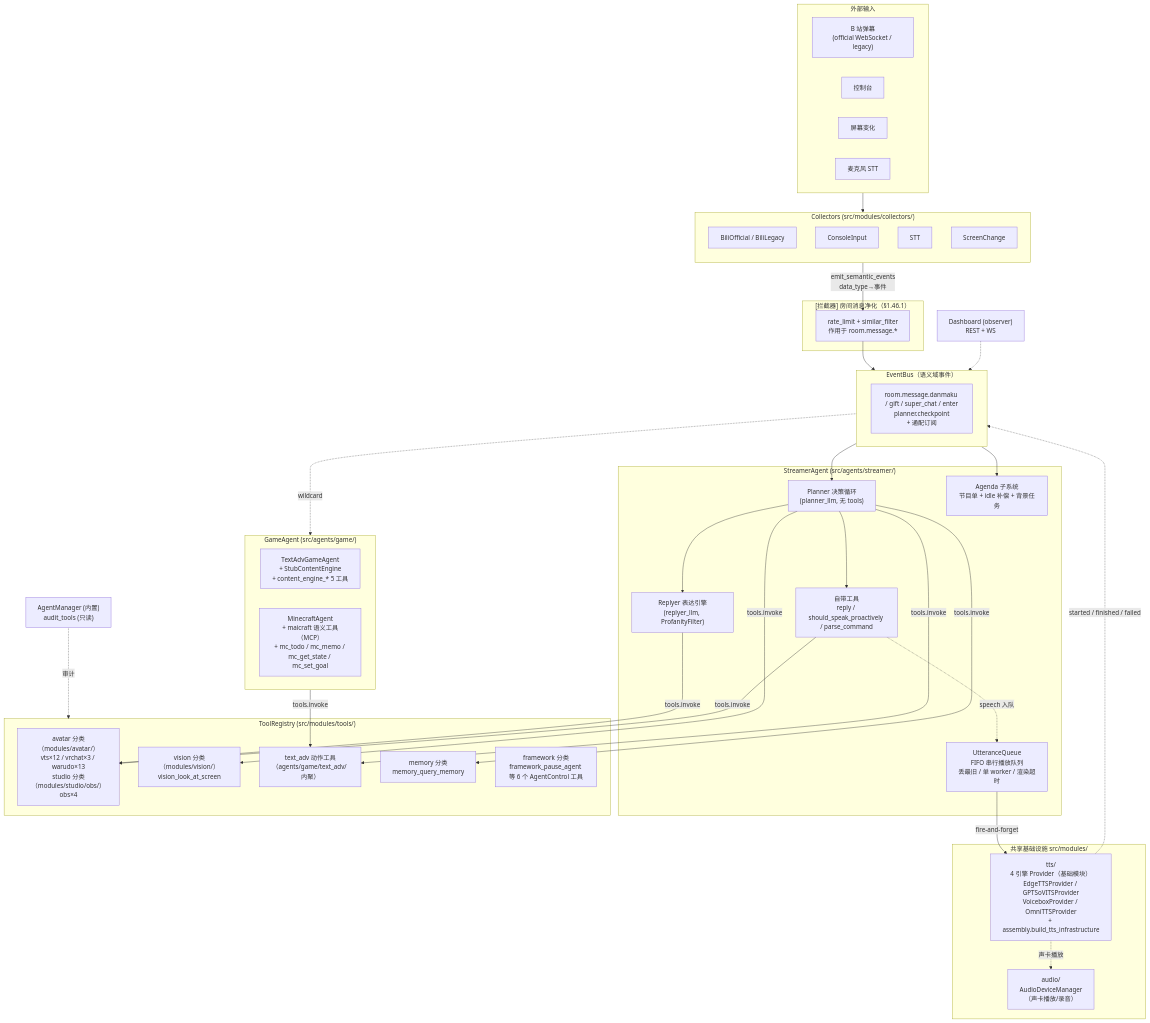
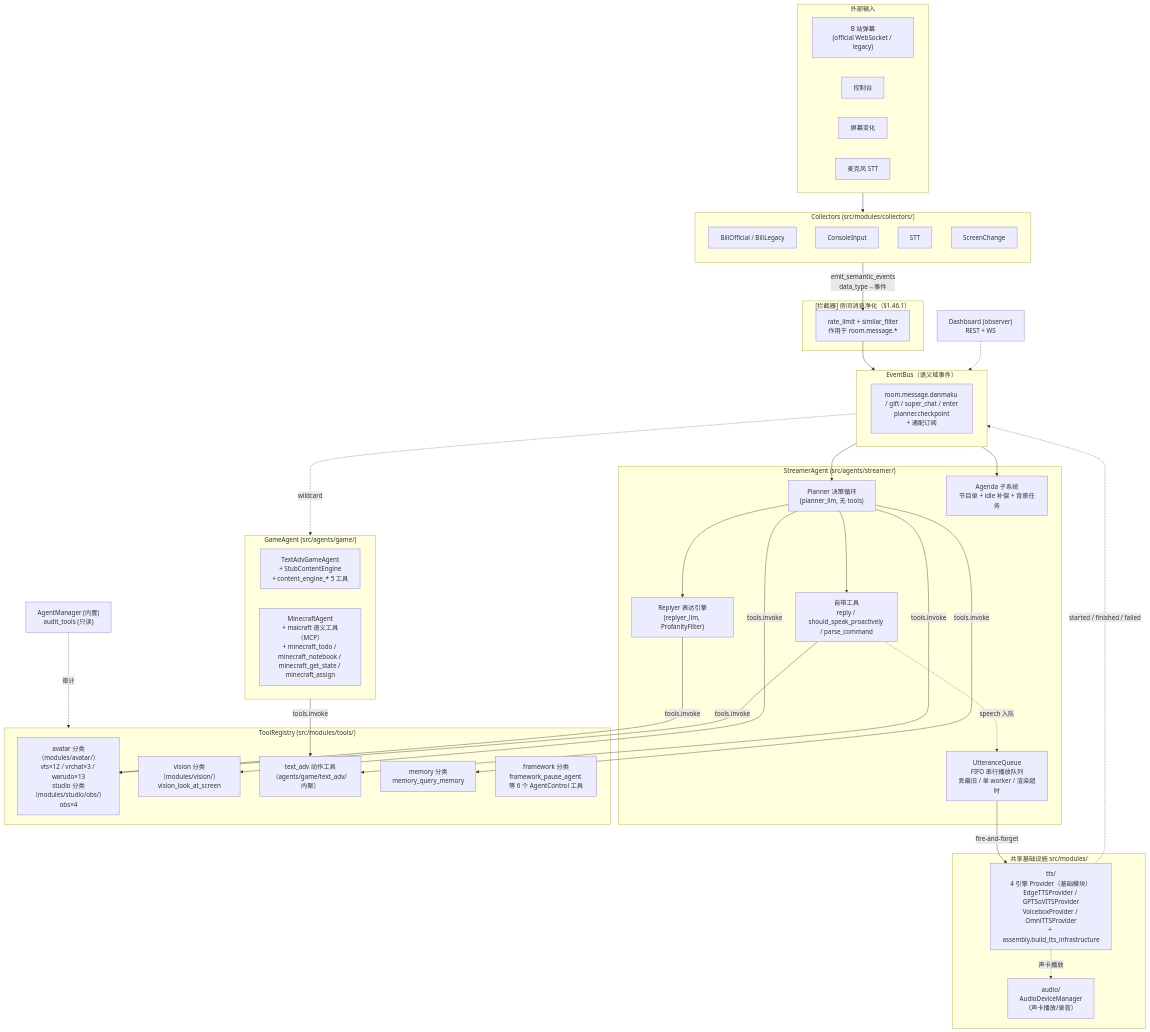
The first of 3 diagrams in docs/architecture/overview.md (Mai-with-u/Amaidesu), drawn with Mermaid before and after one commit. The commit also changed other lines of this file and 24 other files, not shown here.

First line of the commit message:
feat(agents): MinecraftAgent ReAct 重构

````diff
--- a/docs/architecture/overview.md
+++ b/docs/architecture/overview.md
@@ -11,72 +11,72 @@
 ```mermaid
 flowchart TB
     subgraph Ext["外部输入"]
         Bili["B 站弹幕<br/>(official WebSocket / legacy)"]
         Cons["控制台"]
         Screen["屏幕变化"]
         Mic["麦克风 STT"]
     end
 
     subgraph Collectors["Collectors (src/modules/collectors/)"]
         direction TB
         CBili["BiliOfficial / BiliLegacy"]
         CCons["ConsoleInput"]
         CMic["STT"]
         CScreen["ScreenChange"]
     end
 
     subgraph Interceptors["[拦截器] 房间消息净化（§1.46.1）"]
         INT["rate_limit + similar_filter<br/>作用于 room.message.*"]
     end
 
     subgraph Bus["EventBus（语义域事件）"]
         EB["room.message.danmaku / gift / super_chat / enter<br/>planner.checkpoint<br/>+ 通配订阅"]
     end
 
     subgraph Streamer["StreamerAgent (src/agents/streamer/)"]
         Planner["Planner 决策循环<br/>(planner_llm, 无 tools)"]
         Reply["Replyer 表达引擎<br/>(replyer_llm, ProfanityFilter)"]
         Agenda["Agenda 子系统<br/>节目单 + idle 补偿 + 背景任务"]
         Tools["自带工具<br/>reply / should_speak_proactively / parse_command"]
         UQ["UtteranceQueue<br/>FIFO 串行播放队列<br/>丢最旧 / 单 worker / 渲染超时"]
     end
 
     subgraph Game["GameAgent (src/agents/game/)"]
         TextAdv["TextAdvGameAgent<br/>+ StubContentEngine<br/>+ content_engine_* 5 工具"]
-        MC["MinecraftAgent<br/>+ maicraft 语义工具（MCP）<br/>+ mc_todo / mc_memo / mc_get_state / mc_set_goal"]
+        MC["MinecraftAgent<br/>+ maicraft 语义工具（MCP）<br/>+ minecraft_todo / minecraft_notebook / minecraft_get_state / minecraft_assign"]
     end
 
     subgraph Registry["ToolRegistry (src/modules/tools/)"]
         Out["avatar 分类（modules/avatar/）<br/>vts×12 / vrchat×3 / warudo×13<br/>studio 分类（modules/studio/obs/）obs×4"]
         Per["vision 分类（modules/vision/）<br/>vision_look_at_screen"]
         CE["text_adv 动作工具<br/>（agents/game/text_adv/ 内聚）"]
         Mem["memory 分类<br/>memory_query_memory"]
         Ctrl["framework 分类<br/>framework_pause_agent 等 6 个 AgentControl 工具"]
     end
 
     subgraph InFra["共享基础设施 src/modules/"]
         TTS["tts/<br/>4 引擎 Provider（基础模块）<br/>EdgeTTSProvider / GPTSoVITSProvider<br/>VoiceboxProvider / OmniTTSProvider<br/>+ assembly.build_tts_infrastructure"]
         Audio["audio/<br/>AudioDeviceManager<br/>（声卡播放/录音）"]
     end
 
     Ext --> Collectors
     Collectors -->|"emit_semantic_events<br/>data_type→事件"| INT
     INT --> Bus
     Bus --> Planner
     Bus --> Agenda
     Planner --> Reply
     Planner --> Tools
     Reply -->|tools.invoke| Out
     Tools -->|tools.invoke| Out
     Planner -->|tools.invoke| CE
     Planner -->|tools.invoke| Per
     Planner -->|tools.invoke| Mem
     Bus -.->|wildcard| Game
     Game -->|tools.invoke| CE
     Tools -.->|speech 入队| UQ
     UQ -->|fire-and-forget| TTS
     TTS -.->|started / finished / failed| Bus
     TTS -.->|声卡播放| Audio
     Manager["AgentManager (内置)<br/>audit_tools (只读)"] -.->|审计| Registry
     Dashboard["Dashboard (observer)<br/>REST + WS"] -.-> Bus
 ```
````
